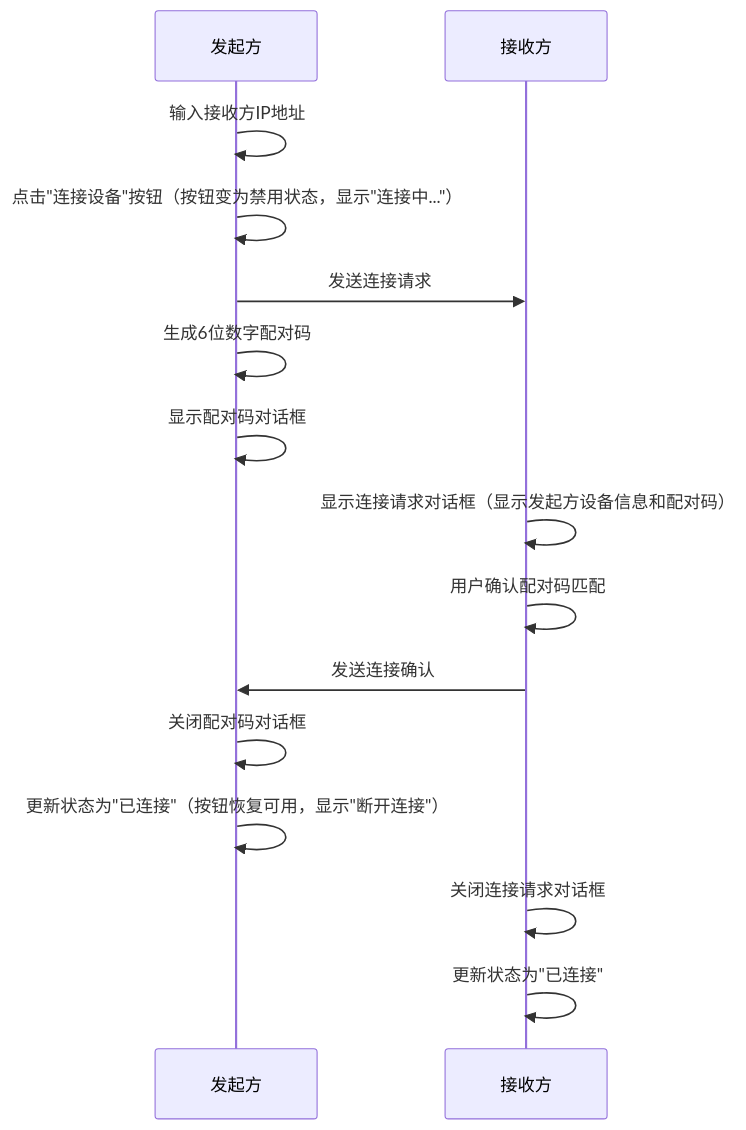
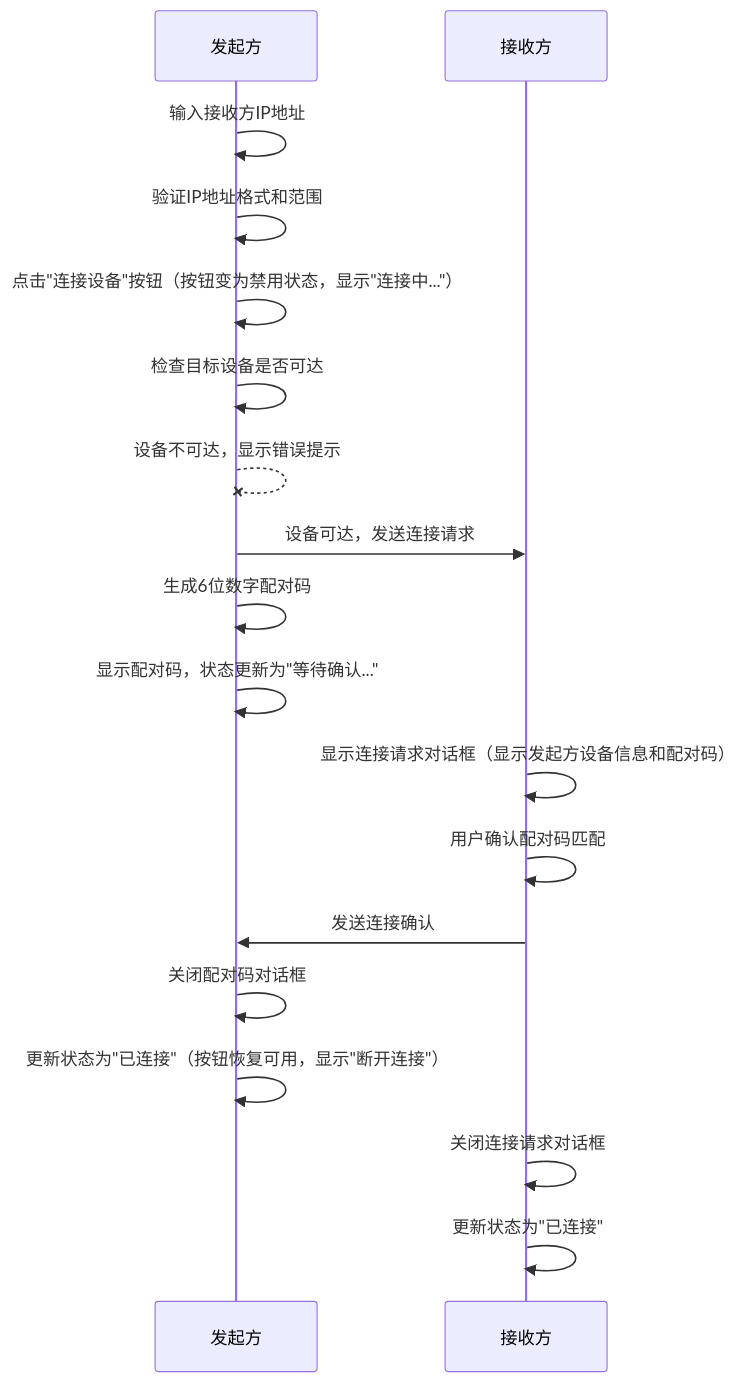
Before and after one commit to Q-Bug4/bifrost_transfer: the second of 9 diagrams in docs/Design-BifrostTransfer.md, drawn with Mermaid. The commit also changed other lines of this file and 11 other files, not shown here.

````diff
--- a/docs/Design-BifrostTransfer.md
+++ b/docs/Design-BifrostTransfer.md
@@ -109,18 +112,21 @@
 ```mermaid
 sequenceDiagram
     participant 发起方
     participant 接收方
     
     发起方->>发起方: 输入接收方IP地址
+    发起方->>发起方: 验证IP地址格式和范围
     发起方->>发起方: 点击"连接设备"按钮（按钮变为禁用状态，显示"连接中..."）
-    发起方->>接收方: 发送连接请求
+    发起方->>发起方: 检查目标设备是否可达
+    发起方--x发起方: 设备不可达，显示错误提示
+    发起方->>接收方: 设备可达，发送连接请求
     发起方->>发起方: 生成6位数字配对码
-    发起方->>发起方: 显示配对码对话框
+    发起方->>发起方: 显示配对码，状态更新为"等待确认..."
     接收方->>接收方: 显示连接请求对话框（显示发起方设备信息和配对码）
     接收方->>接收方: 用户确认配对码匹配
     接收方->>发起方: 发送连接确认
     发起方->>发起方: 关闭配对码对话框
     发起方->>发起方: 更新状态为"已连接"（按钮恢复可用，显示"断开连接"）
     接收方->>接收方: 关闭连接请求对话框
     接收方->>接收方: 更新状态为"已连接"
 ```
````
